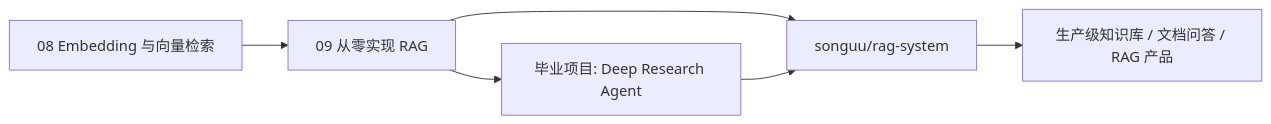
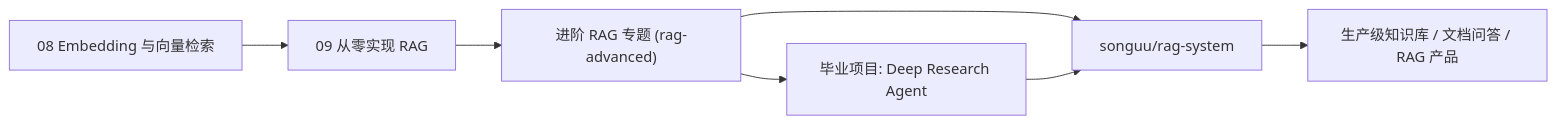
Before and after one commit to songuu/agent: the diagram in docs/rag-system-project.md, drawn with Mermaid. The commit also changed other lines of this file and 67 other files, not shown here.

````diff
--- a/docs/rag-system-project.md
+++ b/docs/rag-system-project.md
@@ -9,8 +12,9 @@
 ```mermaid
 flowchart LR
   A["08 Embedding 与向量检索"] --> B["09 从零实现 RAG"]
-  B --> C["毕业项目: Deep Research Agent"]
-  B --> D["songuu/rag-system"]
+  B --> R["进阶 RAG 专题 (rag-advanced)"]
+  R --> C["毕业项目: Deep Research Agent"]
+  R --> D["songuu/rag-system"]
   C --> D
   D --> E["生产级知识库 / 文档问答 / RAG 产品"]
 ```
````
